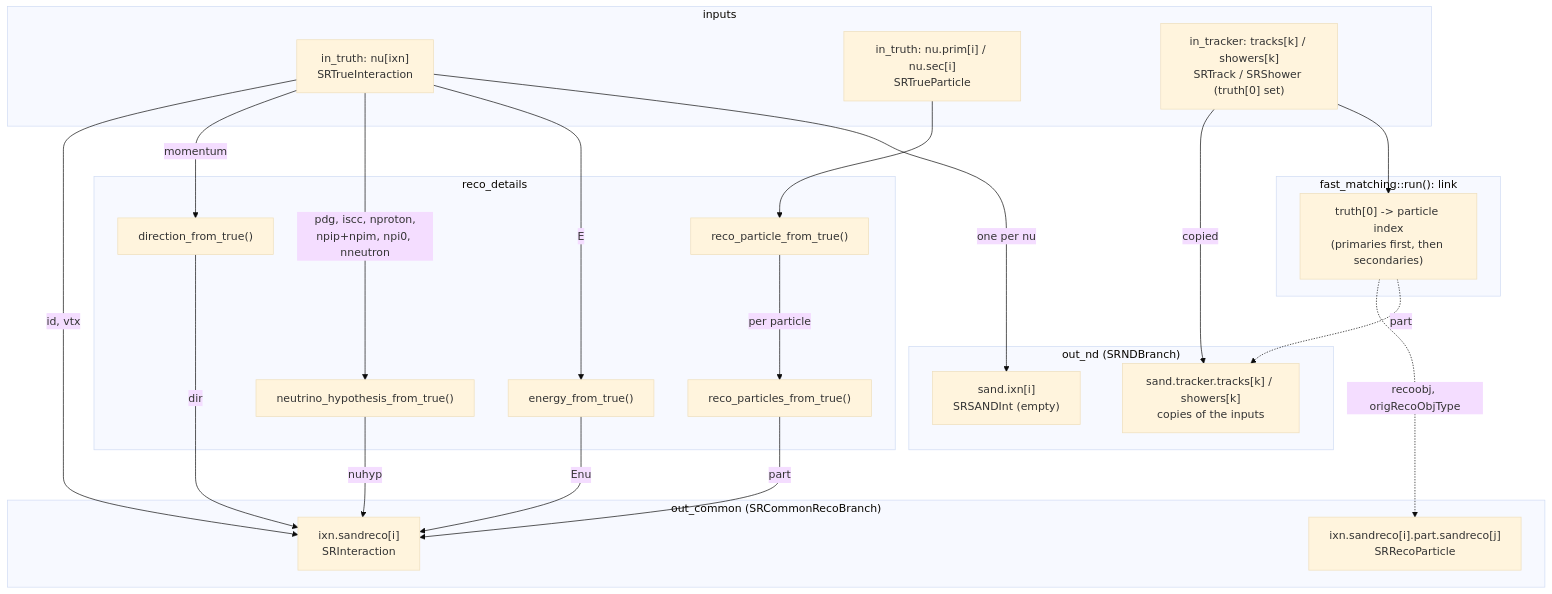
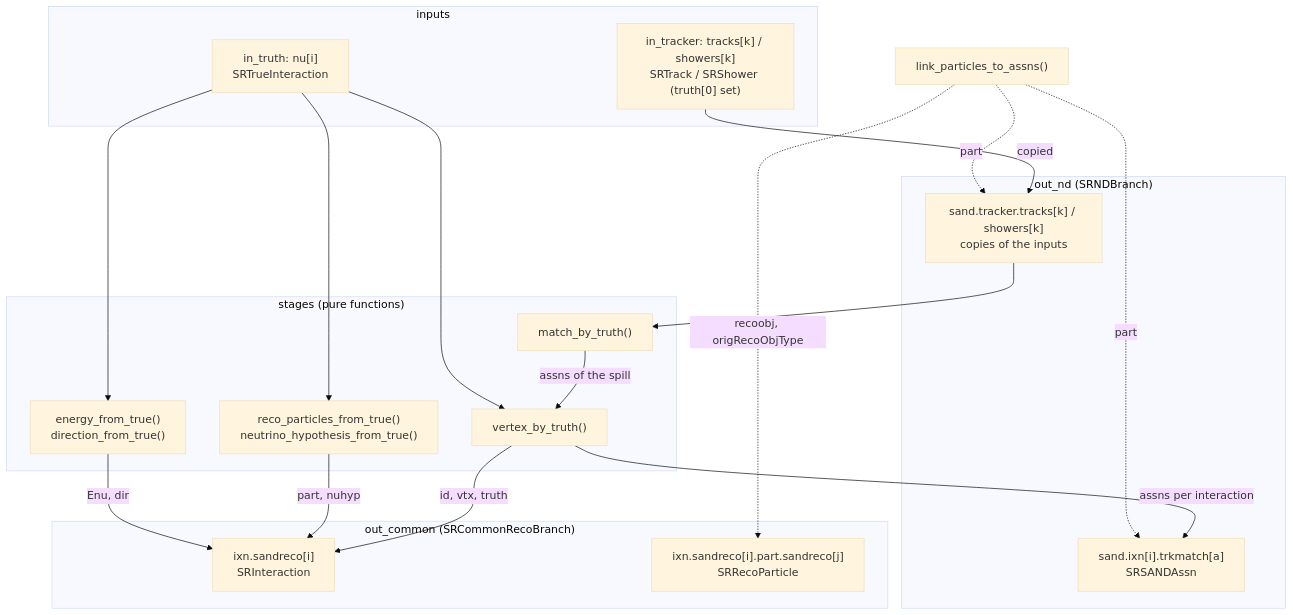
The diagram in src/processes/common/fast_matching/README.md (DUNE/sandreco-experimental), drawn with Mermaid (base theme) before and after one commit. The commit also changed other lines of this file and 3 other files, not shown here.

Commit message:
Compose the stages in fast_matching::run() and document it

````diff
--- a/src/processes/common/fast_matching/README.md
+++ b/src/processes/common/fast_matching/README.md
@@ -24,51 +55,46 @@
 ```mermaid
 flowchart TB
     subgraph input["inputs"]
-        nu["in_truth: nu[ixn]
+        nu["in_truth: nu[i]
 SRTrueInteraction"]
-        prim["in_truth: nu.prim[i] / nu.sec[i]
-SRTrueParticle"]
         trk["in_tracker: tracks[k] / showers[k]
 SRTrack / SRShower (truth[0] set)"]
     end
 
-    subgraph reco_details["reco_details"]
-        dft["direction_from_true()"]
-        nhft["neutrino_hypothesis_from_true()"]
-        eft["energy_from_true()"]
-        rpft["reco_particle_from_true()"]
-        rpsft["reco_particles_from_true()"]
-    end
-
-    subgraph link["fast_matching::run(): link"]
-        lnk["truth[0] -> particle index
-(primaries first, then secondaries)"]
+    subgraph stages["stages (pure functions)"]
+        tm["match_by_truth()"]
+        vt["vertex_by_truth()"]
+        pid["reco_particles_from_true()
+neutrino_hypothesis_from_true()"]
+        kin["energy_from_true()
+direction_from_true()"]
     end
 
     subgraph out_common["out_common (SRCommonRecoBranch)"]
         ixn["ixn.sandreco[i]
 SRInteraction"]
         part["ixn.sandreco[i].part.sandreco[j]
 SRRecoParticle"]
     end
 
     subgraph out_nd["out_nd (SRNDBranch)"]
-        sandixn["sand.ixn[i]
-SRSANDInt (empty)"]
         tracks["sand.tracker.tracks[k] / showers[k]
 copies of the inputs"]
+        assn["sand.ixn[i].trkmatch[a]
+SRSANDAssn"]
     end
 
-    nu -->|"id, vtx"| ixn
-    nu -->|"momentum"| dft -->|"dir"| ixn
-    nu -->|"pdg, iscc, nproton,
-npip+npim, npi0, nneutron"| nhft -->|"nuhyp"| ixn
-    nu -->|"E"| eft -->|"Enu"| ixn
-    prim --> rpft -->|"per particle"| rpsft -->|"part"| ixn
-    nu -->|"one per nu"| sandixn
+    lnk["link_particles_to_assns()"]
 
     trk -->|"copied"| tracks
-    trk --> lnk
+    tracks --> tm -->|"assns of the spill"| vt
+    nu --> vt
+    vt -->|"id, vtx, truth"| ixn
+    vt -->|"assns per interaction"| assn
+    nu --> pid -->|"part, nuhyp"| ixn
+    nu --> kin -->|"Enu, dir"| ixn
+
     lnk -.->|"recoobj, origRecoObjType"| part
+    lnk -.->|"part"| assn
     lnk -.->|"part"| tracks
 ```
````
